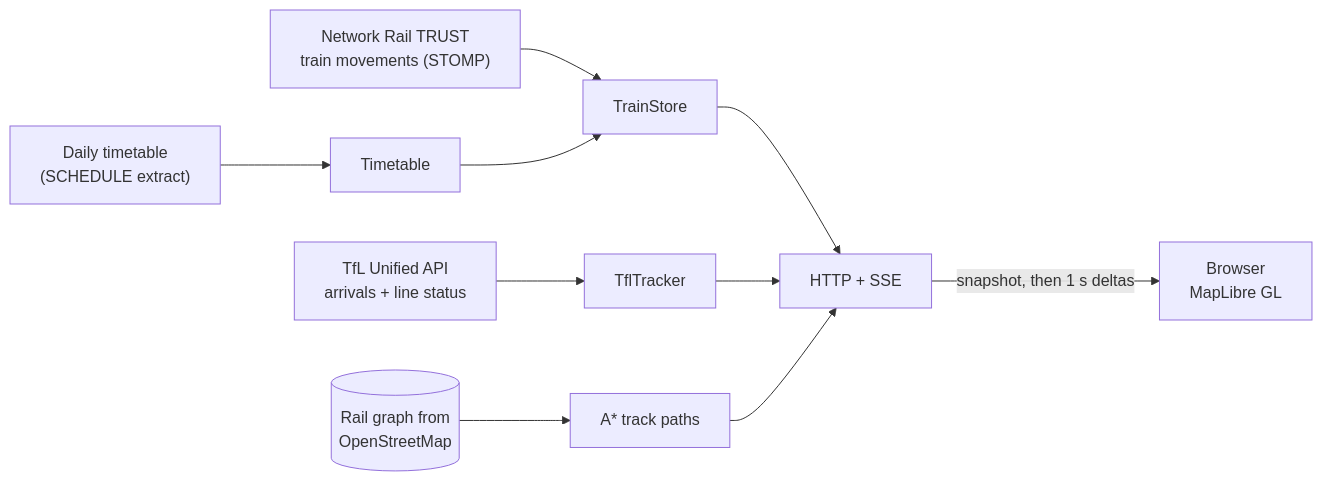
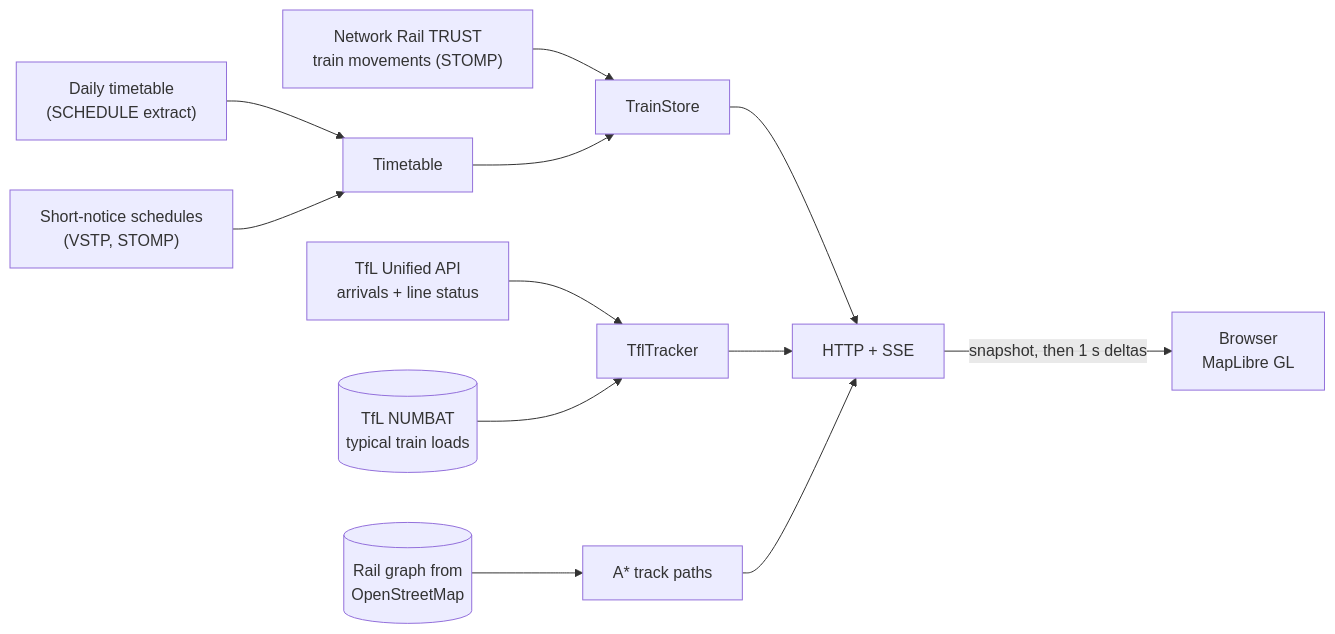
Before and after one commit to simpleapples/uk-train-live: the diagram in README.md, drawn with Mermaid. The commit also changed other lines of this file and 20 other files, not shown here.

First line of the commit message:
VSTP schedules, TfL train types and typical TfL crowding

````diff
--- a/README.md
+++ b/README.md
@@ -96,11 +97,13 @@
 ```mermaid
 flowchart LR
   TRUST["Network Rail TRUST<br/>train movements (STOMP)"] --> Store[TrainStore]
   SCHEDULE["Daily timetable<br/>(SCHEDULE extract)"] --> Timetable --> Store
+  VSTP["Short-notice schedules<br/>(VSTP, STOMP)"] --> Timetable
   TfLAPI["TfL Unified API<br/>arrivals + line status"] --> Tracker[TflTracker]
+  NUMBAT[("TfL NUMBAT<br/>typical train loads")] --> Tracker
   OSM[("Rail graph from<br/>OpenStreetMap")] --> Paths["A* track paths"]
   Store --> Server["HTTP + SSE"]
   Tracker --> Server
   Paths --> Server
   Server -- "snapshot, then 1 s deltas" --> Browser["Browser<br/>MapLibre GL"]
 ```
````
